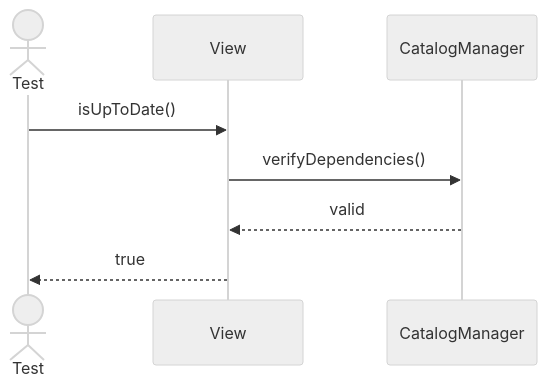
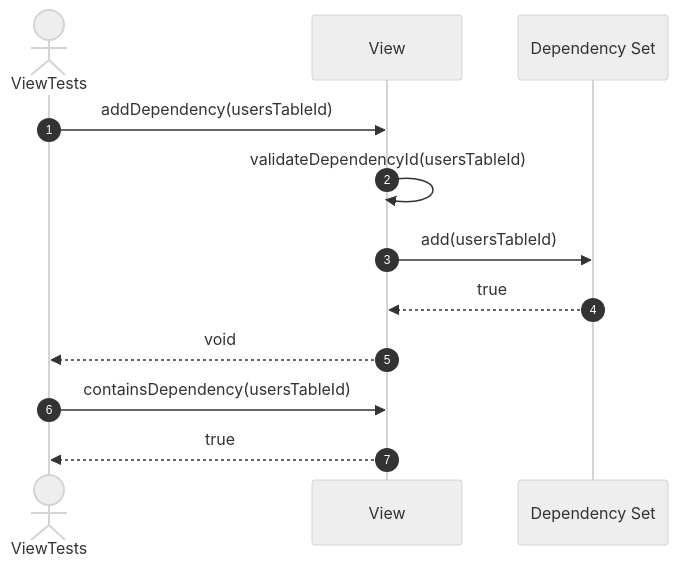
One commit to FhuAnn/-bbv-AN-s-DBMS changed the tenth of 21 diagrams in src/tests/unit/metadata/sequences/view-testing.se.md. Above: the diagram before and after it, drawn with Mermaid (neutral theme). The commit also changed other lines of this file and 60 other files, not shown here.

Commit message:
refactor data table, row, column, constraint, index test file

````diff
--- a/src/tests/unit/metadata/sequences/view-testing.se.md
+++ b/src/tests/unit/metadata/sequences/view-testing.se.md
@@ -145,11 +162,16 @@
 ```mermaid
 sequenceDiagram
-actor Test
-participant View
-participant CatalogManager
+    autonumber
+    actor Test as ViewTests
+    participant View as View
+    participant Dependencies as Dependency Set
 
-Test->>View: isUpToDate()
-View->>CatalogManager: verifyDependencies()
-CatalogManager-->>View: valid
-View-->>Test: true
+    Test->>View: addDependency(usersTableId)
+    View->>View: validateDependencyId(usersTableId)
+    View->>Dependencies: add(usersTableId)
+    Dependencies-->>View: true
+    View-->>Test: void
+
+    Test->>View: containsDependency(usersTableId)
+    View-->>Test: true
 ```
````
